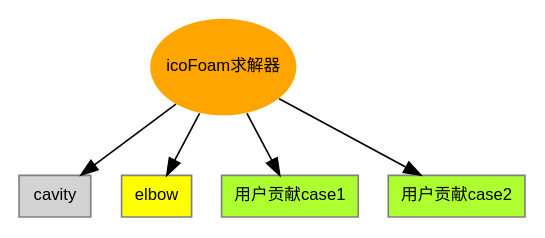
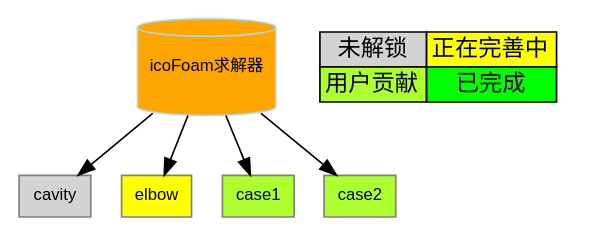
The diagram in sphinx/source/incompressible/icoFoam/map.dot (zguoch/OFTutorials), drawn with Graphviz before and after one commit. The commit also changed 5 other files, not shown here.

```diff
--- a/sphinx/source/incompressible/icoFoam/map.dot
+++ b/sphinx/source/incompressible/icoFoam/map.dot
@@ -1,16 +1,32 @@
 
   digraph G {
 
-      icoFoam[label="icoFoam求解器", tooltip="简短介绍", fontname="Arial", fontsize=10, height=.8,width=.8,shape="ellipse",style="filled", color=none,fillcolor=orange,href="https://gitlab.com",target="_top"];
+      icoFoam[label="icoFoam求解器", tooltip="简短介绍", fontname="Arial", fontsize=10, height=.8,width=.8,shape="cylinder",style="filled", color=lightblue,fillcolor=orange,href="https://gitlab.com",target="_top"];
 
       cavity[label="cavity", tooltip="cavity", fontname="Arial", fontsize=10, height=.35,width=.35,shape="box",style="filled", fillcolor=lightgray, color=gray,href="https://gitlab.com",target="_top"];
       elbow[label="elbow", tooltip="elbow", fontname="Arial", fontsize=10, height=.35,width=.35,shape="box",style="filled", fillcolor=yellow, color=gray,href="https://gitlab.com",target="_top"];
-      user_1[label="用户贡献case1", tooltip="elbow", fontname="Arial", fontsize=10, height=.35,width=.35,shape="box",style="filled", fillcolor=greenyellow, color=gray,href="https://gitlab.com",target="_top"];
-      user_2[label="用户贡献case2", tooltip="elbow", fontname="Arial", fontsize=10, height=.35,width=.35,shape="box",style="filled", fillcolor=greenyellow, color=gray,href="https://gitlab.com",target="_top"];
+      user_1[label="case1", tooltip="elbow", fontname="Arial", fontsize=10, height=.35,width=.35,shape="box",style="filled", fillcolor=greenyellow, color=gray,href="https://gitlab.com",target="_top"];
+      user_2[label="case2", tooltip="elbow", fontname="Arial", fontsize=10, height=.35,width=.35,shape="box",style="filled", fillcolor=greenyellow, color=gray,href="https://gitlab.com",target="_top"];
       // 连接
       
       icoFoam -> cavity;
       icoFoam -> elbow;
       icoFoam -> user_1;
       icoFoam -> user_2;
+
+      node [shape=plaintext]
+      legend [
+    fontname="Arial"
+   label=<
+     <table border="0" cellborder="1" cellspacing="0">
+       <tr>
+       <td bgcolor="lightgray">未解锁</td>
+       <td bgcolor="yellow"><font color="black">正在完善中</font></td>
+       </tr>
+       <tr>
+        <td bgcolor="greenyellow"><font color="black">用户贡献</font></td>
+        <td bgcolor="lime"><font color="black">已完成</font></td>
+       </tr>
+     </table>>
+  ];
   }
```
